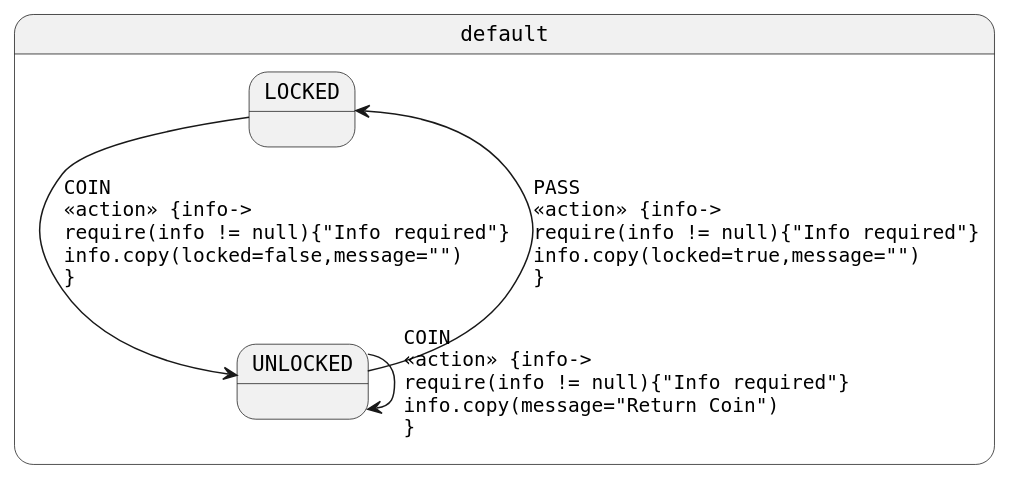
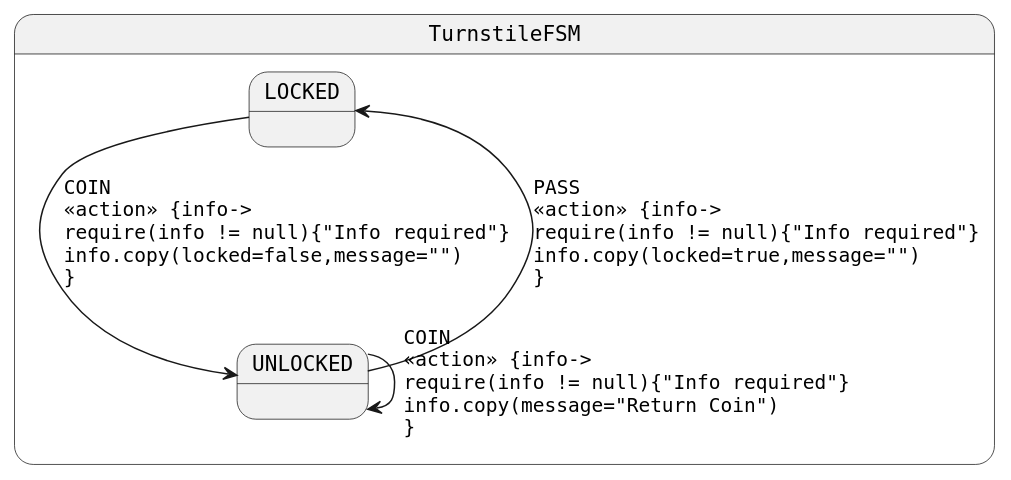
One commit to open-jumpco/kfsm-viz changed the diagram in generated-parsed/turnstile.plantuml. Above: the diagram before and after it, drawn with PlantUML. The commit also changed 9 other files, not shown here.

```diff
--- a/generated-parsed/turnstile.plantuml
+++ b/generated-parsed/turnstile.plantuml
@@ -1,9 +1,9 @@
 @startuml
 skinparam StateFontName Helvetica
 skinparam defaultFontName Monospaced
-state default {
+state TurnstileFSM {
 LOCKED --> UNLOCKED : COIN\l<<action>> {info->\lrequire(info != null){"Info required"}\linfo.copy(locked=false,message="")\l}
 UNLOCKED --> LOCKED : PASS\l<<action>> {info->\lrequire(info != null){"Info required"}\linfo.copy(locked=true,message="")\l}
 UNLOCKED --> UNLOCKED : COIN\l<<action>> {info->\lrequire(info != null){"Info required"}\linfo.copy(message="Return Coin")\l}
 }
 @enduml
```
